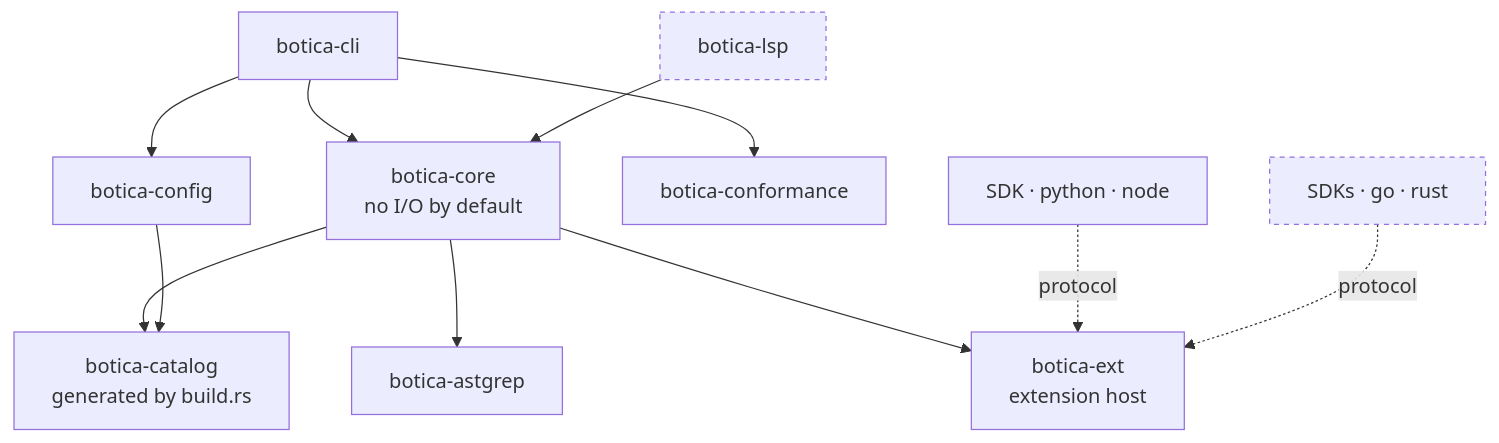
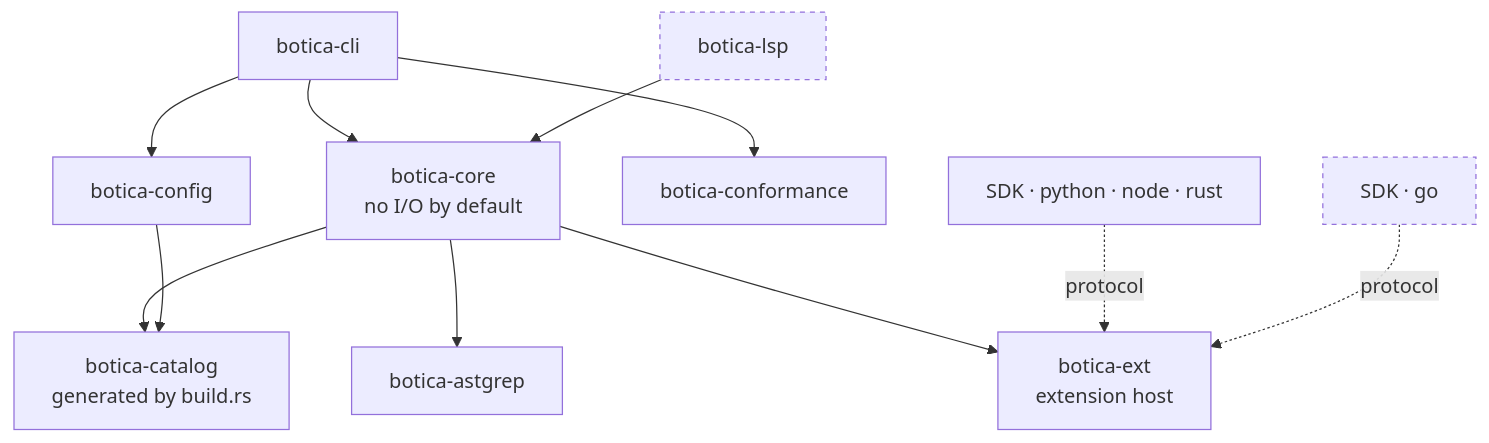
The second of 2 diagrams in docs/adr/0003-botica-lint-architecture.md (collectiveai-team/botica), drawn with Mermaid before and after one commit. The commit also changed other lines of this file and 8 other files, not shown here.

Commit message:
feat(lint): add the Rust SDK botica-ext-sdk in lint/sdk/rust for extension rules that run as a command

````diff
--- a/docs/adr/0003-botica-lint-architecture.md
+++ b/docs/adr/0003-botica-lint-architecture.md
@@ -44,14 +44,14 @@
 ```mermaid
 flowchart TD
   cli[botica-cli] --> core
   cli --> config[botica-config]
   cli --> conformance[botica-conformance]
   lsp[botica-lsp]:::planned --> core
   core[botica-core<br/>no I/O by default] --> catalog[botica-catalog<br/>generated by build.rs]
   config --> catalog
   core --> astgrep[botica-astgrep]
   core --> ext[botica-ext<br/>extension host]
-  sdk[SDK · python · node] -. protocol .-> ext
-  sdks[SDKs · go · rust]:::planned -. protocol .-> ext
+  sdk[SDK · python · node · rust] -. protocol .-> ext
+  sdks[SDK · go]:::planned -. protocol .-> ext
   classDef planned stroke-dasharray: 4 4
 ```
````
